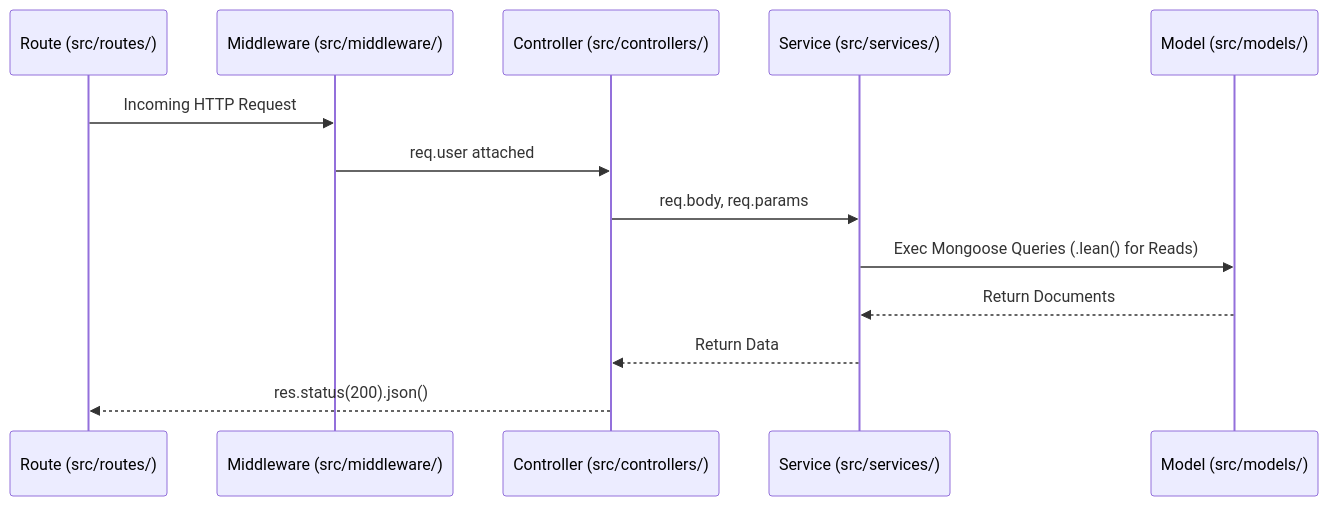
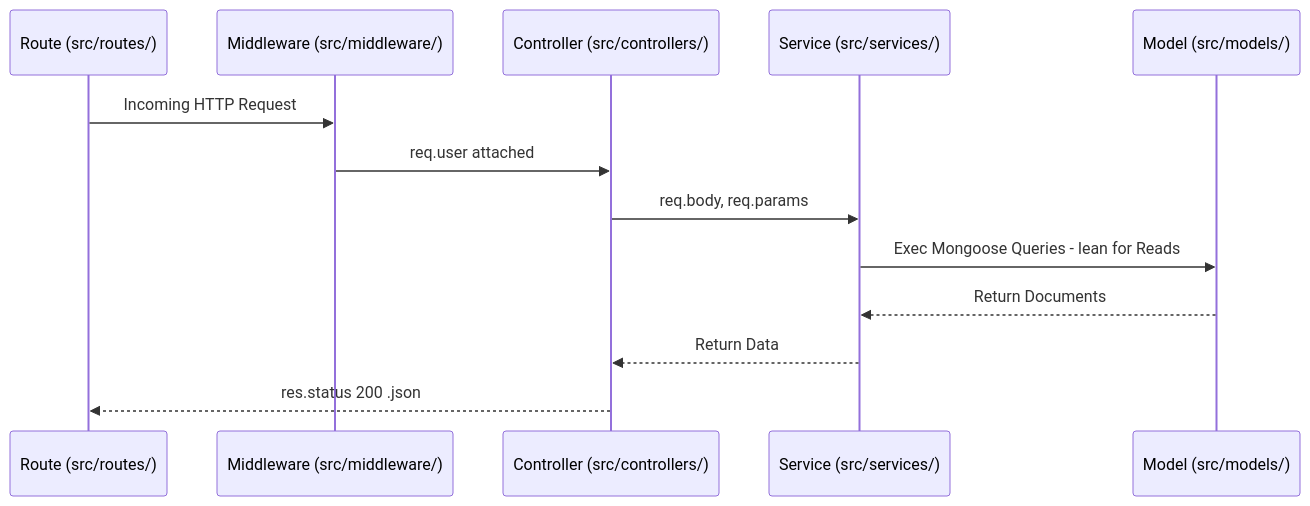
Before and after one commit to snmcodes99/MktHub: the second of 2 diagrams in docs/architecture.md, drawn with Mermaid. The commit also changed other lines of this file and 2 other files, not shown here.

Commit message:
docs: Completely remove parenthesis and complex shapes from mermaid diagrams for max compatibility

````diff
--- a/docs/architecture.md
+++ b/docs/architecture.md
@@ -39,16 +39,16 @@
 ```mermaid
 sequenceDiagram
     participant Route as Route (src/routes/)
     participant Auth as Middleware (src/middleware/)
     participant Controller as Controller (src/controllers/)
     participant Service as Service (src/services/)
     participant DB as Model (src/models/)
 
     Route->>Auth: Incoming HTTP Request
     Auth->>Controller: req.user attached
     Controller->>Service: req.body, req.params
-    Service->>DB: Exec Mongoose Queries (.lean() for Reads)
+    Service->>DB: Exec Mongoose Queries - lean for Reads
     DB-->>Service: Return Documents
     Service-->>Controller: Return Data
-    Controller-->>Route: res.status(200).json()
+    Controller-->>Route: res.status 200 .json
 ```
````
